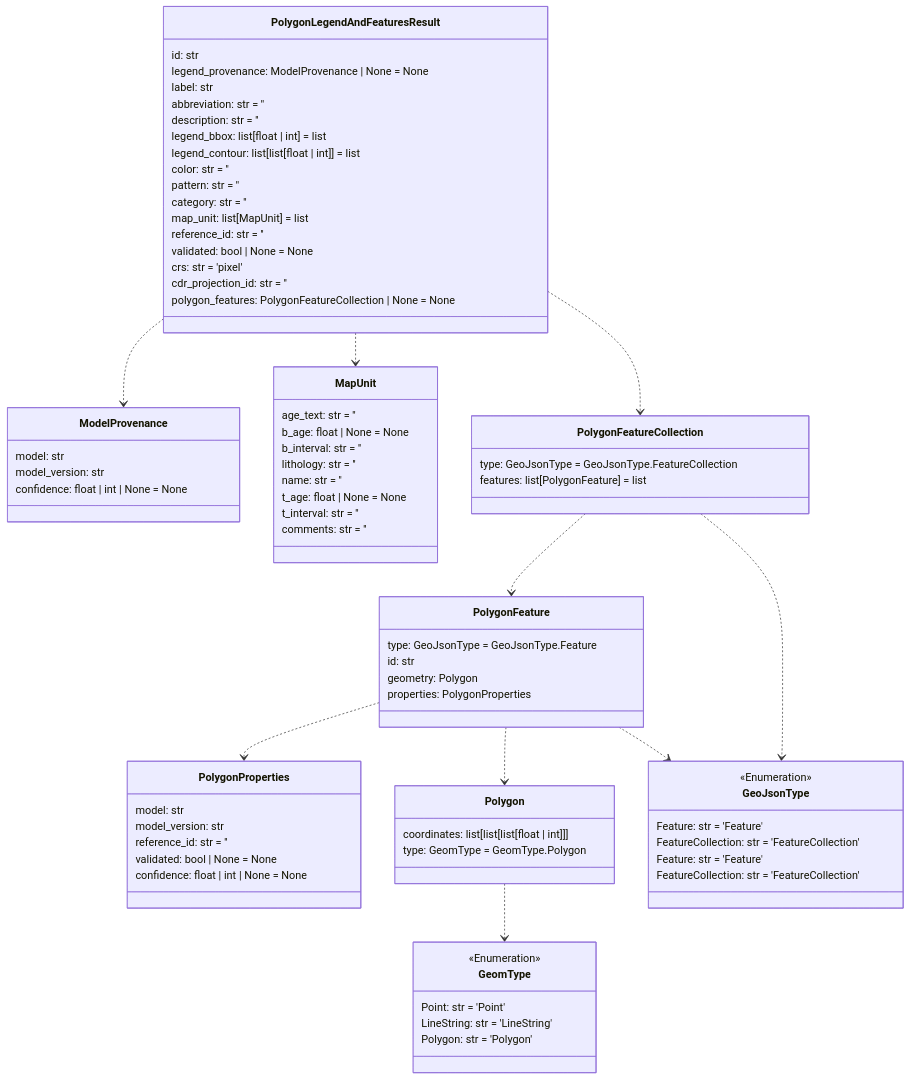
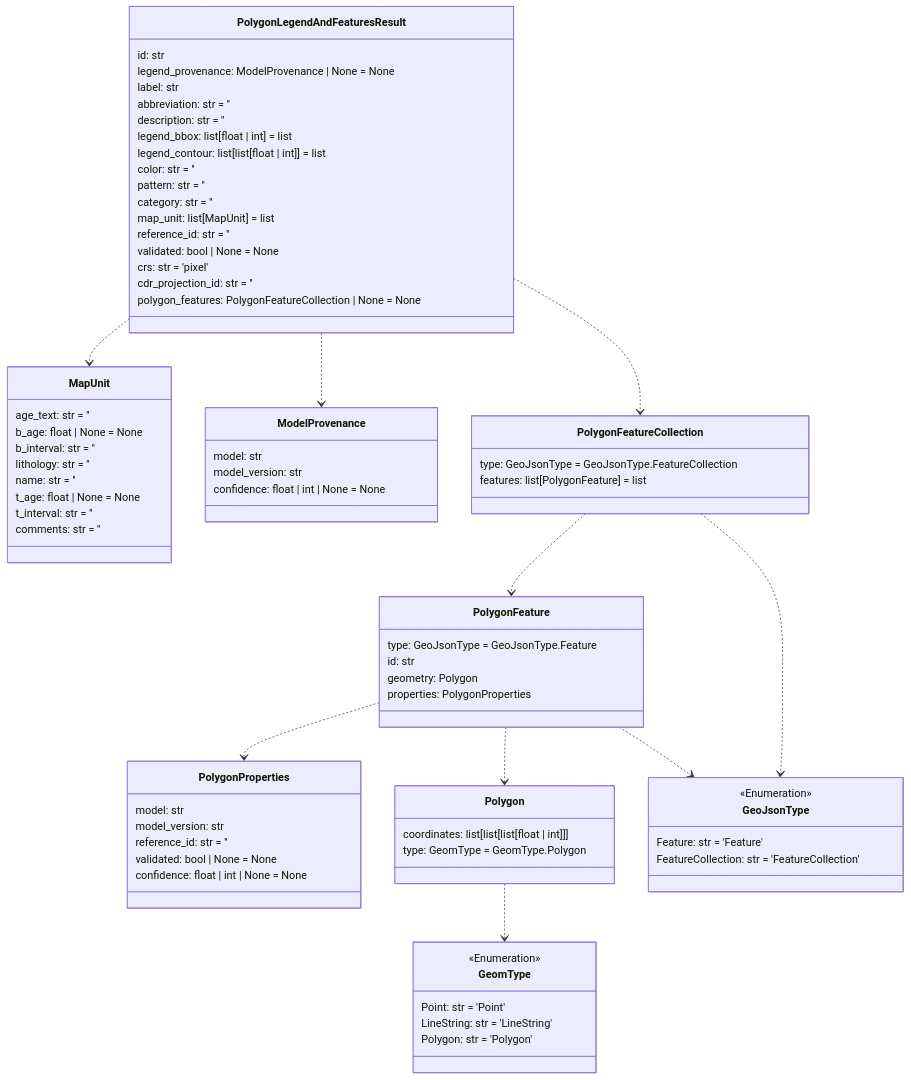
Before and after one commit to DARPA-CRITICALMAAS/cdr_schemas: the seventh of 14 diagrams in README.md, drawn with Mermaid. The commit also changed other lines of this file and 1 other file, not shown here.

```diff
--- a/README.md
+++ b/README.md
@@ -564,15 +550,11 @@
         FeatureCollection: str = 'FeatureCollection'
     }
 
-    class PolygonFeatureCollection {
-        type: GeoJsonType = GeoJsonType.FeatureCollection
-        features: list[PolygonFeature] = list
-    }
-
-    class GeoJsonType {
+    class GeomType {
         <<Enumeration>>
-        Feature: str = 'Feature'
-        FeatureCollection: str = 'FeatureCollection'
+        Point: str = 'Point'
+        LineString: str = 'LineString'
+        Polygon: str = 'Polygon'
     }
 
     class PolygonProperties {
@@ -580,17 +562,6 @@
         model_version: str
         reference_id: str = ''
         validated: bool | None = None
-        confidence: float | int | None = None
-    }
-
-    class Polygon {
-        coordinates: list[list[list[float | int]]]
-        type: GeomType = GeomType.Polygon
-    }
-
-    class ModelProvenance {
-        model: str
-        model_version: str
         confidence: float | int | None = None
     }
 
@@ -612,11 +583,20 @@
         comments: str = ''
     }
 
-    class GeomType {
-        <<Enumeration>>
-        Point: str = 'Point'
-        LineString: str = 'LineString'
-        Polygon: str = 'Polygon'
+    class Polygon {
+        coordinates: list[list[list[float | int]]]
+        type: GeomType = GeomType.Polygon
+    }
+
+    class ModelProvenance {
+        model: str
+        model_version: str
+        confidence: float | int | None = None
+    }
+
+    class PolygonFeatureCollection {
+        type: GeoJsonType = GeoJsonType.FeatureCollection
+        features: list[PolygonFeature] = list
     }
 
     class PolygonLegendAndFeaturesResult {
@@ -644,8 +624,8 @@
     PolygonFeature ..> GeoJsonType
     PolygonFeatureCollection ..> PolygonFeature
     PolygonFeatureCollection ..> GeoJsonType
+    PolygonLegendAndFeaturesResult ..> MapUnit
     PolygonLegendAndFeaturesResult ..> ModelProvenance
-    PolygonLegendAndFeaturesResult ..> MapUnit
     PolygonLegendAndFeaturesResult ..> PolygonFeatureCollection
 
 
```
